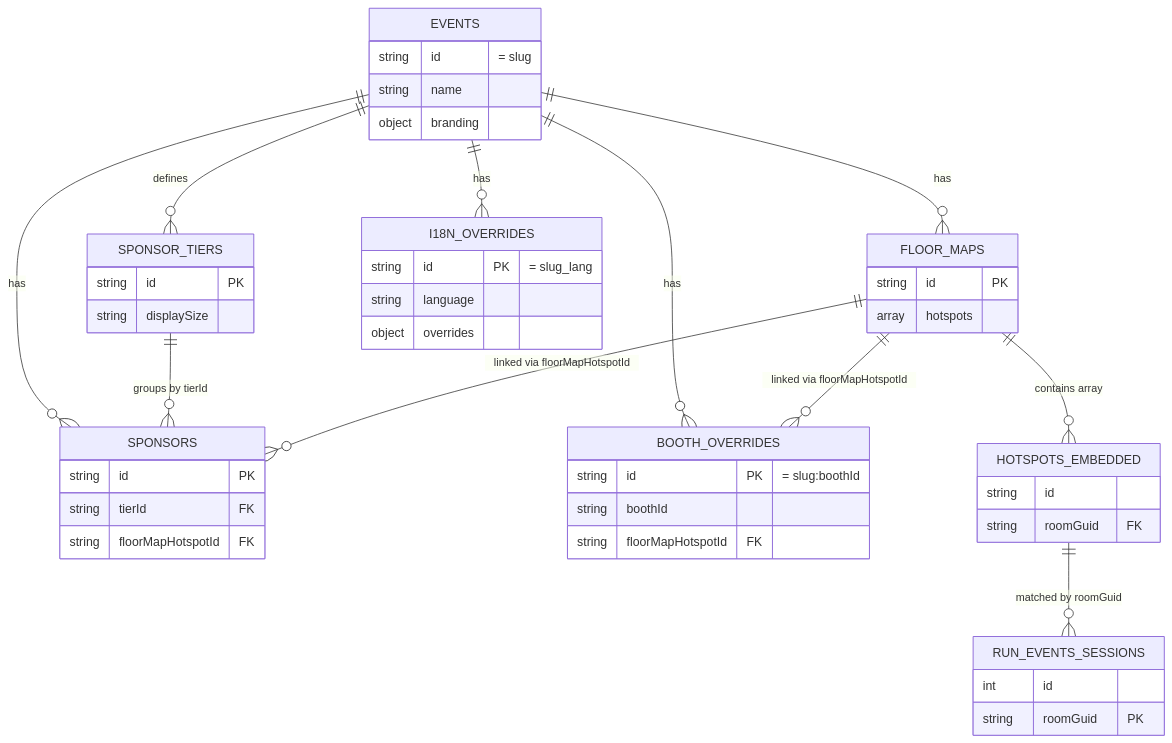
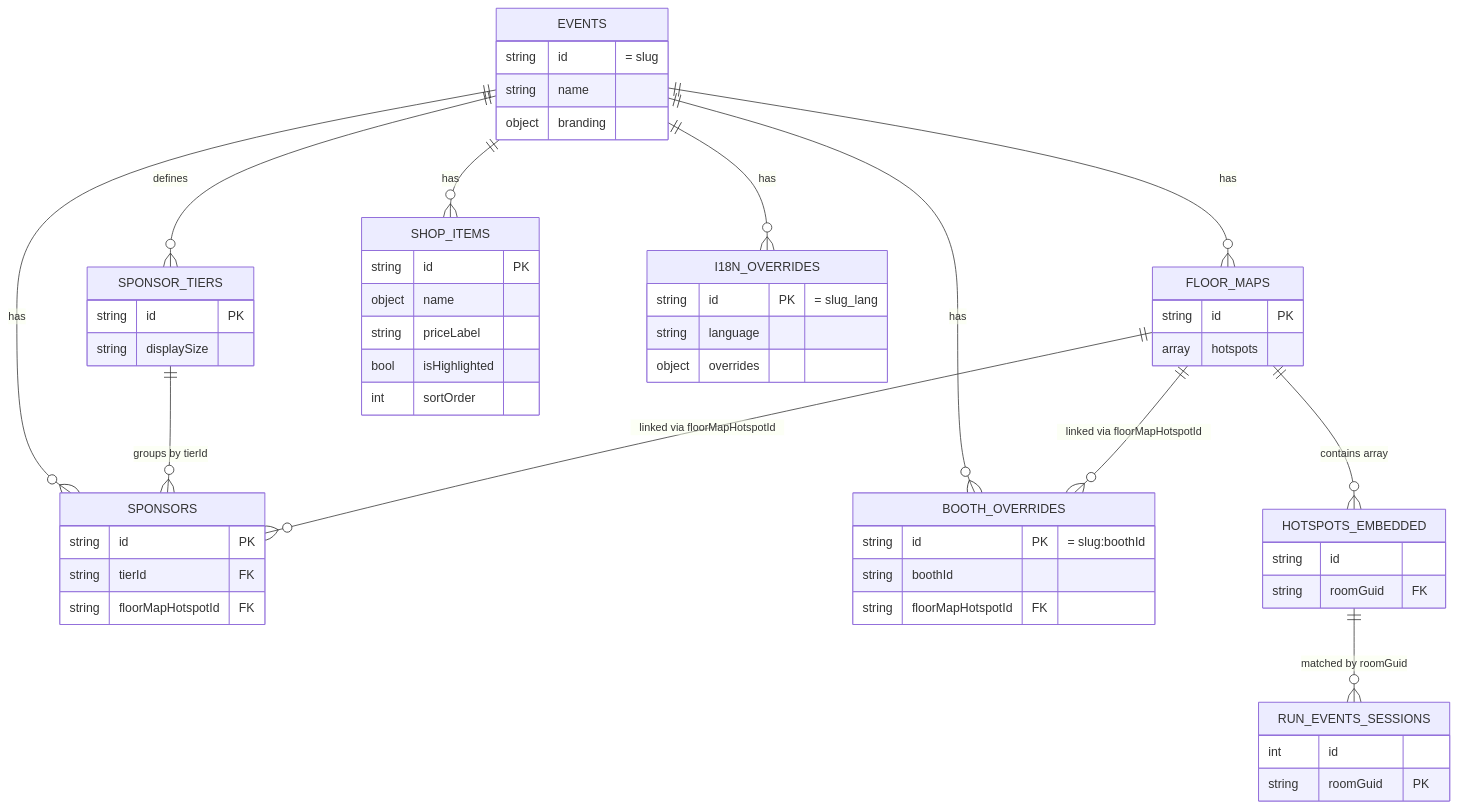
The diagram in docs/data-model.md (expertslive/ziggy), drawn with Mermaid before and after one commit. The commit also changed other lines of this file and 18 other files, not shown here.

````diff
--- a/docs/data-model.md
+++ b/docs/data-model.md
@@ -235,50 +261,58 @@
 ```mermaid
 erDiagram
     EVENTS ||--o{ SPONSORS : has
     EVENTS ||--o{ SPONSOR_TIERS : defines
     EVENTS ||--o{ FLOOR_MAPS : has
     EVENTS ||--o{ BOOTH_OVERRIDES : has
+    EVENTS ||--o{ SHOP_ITEMS : has
     EVENTS ||--o{ I18N_OVERRIDES : has
     SPONSOR_TIERS ||--o{ SPONSORS : "groups by tierId"
     FLOOR_MAPS ||--o{ SPONSORS : "linked via floorMapHotspotId"
     FLOOR_MAPS ||--o{ BOOTH_OVERRIDES : "linked via floorMapHotspotId"
     FLOOR_MAPS ||--o{ HOTSPOTS_EMBEDDED : "contains array"
     HOTSPOTS_EMBEDDED ||--o{ RUN_EVENTS_SESSIONS : "matched by roomGuid"
 
     EVENTS {
       string id "= slug"
       string name
       object branding
     }
     SPONSORS {
       string id PK
       string tierId FK
       string floorMapHotspotId FK
     }
     SPONSOR_TIERS {
       string id PK
       string displaySize
     }
     FLOOR_MAPS {
       string id PK
       array hotspots
     }
     HOTSPOTS_EMBEDDED {
       string id
       string roomGuid FK
     }
     BOOTH_OVERRIDES {
       string id PK "= slug:boothId"
       string boothId
       string floorMapHotspotId FK
     }
+    SHOP_ITEMS {
+      string id PK
+      object name
+      string priceLabel
+      bool isHighlighted
+      int sortOrder
+    }
     I18N_OVERRIDES {
       string id PK "= slug_lang"
       string language
       object overrides
     }
     RUN_EVENTS_SESSIONS {
       int id
       string roomGuid PK
     }
 ```
````
